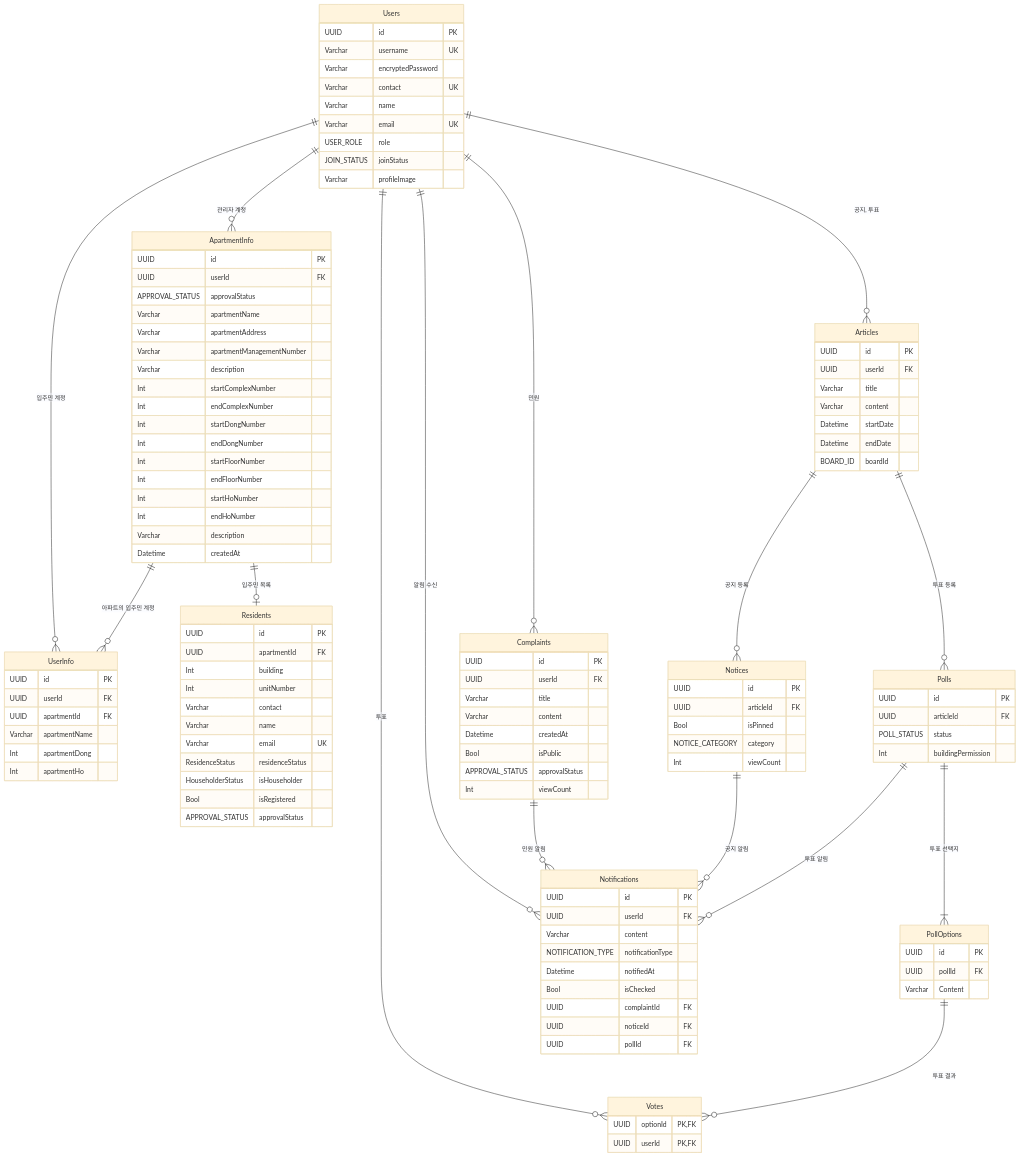
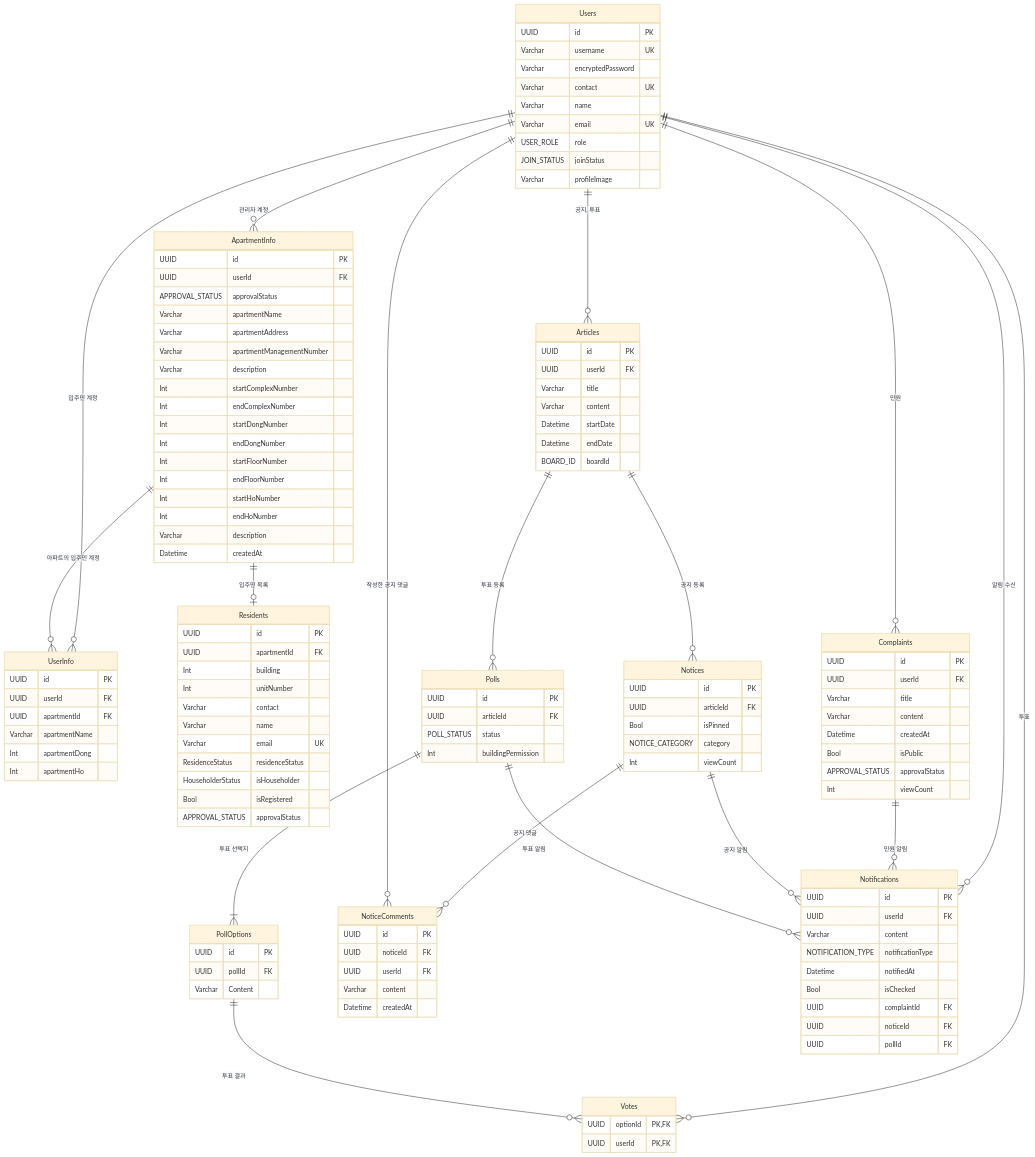
One commit to nb01-welive-team2/nb01-welive-team2 changed the diagram in erd.v1.md. Above: the diagram before and after it, drawn with Mermaid (base theme). The commit also changed 10 other files, not shown here.

```diff
--- a/erd.v1.md
+++ b/erd.v1.md
@@ -116,6 +116,14 @@
 %% NOTICE_CATEGORY : MAINTENANCE, EMERGENCY, COMMUNITY, RESIDENT_VOTE, ETC
 %% viewCount @default(0)
 
+NoticeComments {
+  UUID id PK
+  UUID noticeId FK
+  UUID userId FK
+  Varchar content
+  Datetime createdAt
+}
+
 Notifications {
   UUID id PK
   UUID userId FK
@@ -143,6 +151,8 @@
 Users ||--o{ Votes : "투표"
 PollOptions ||--o{ Votes : "투표 결과"
 Articles ||--o{ Notices : "공지 등록"
+Notices ||--o{ NoticeComments : "공지 댓글"
+Users ||--o{ NoticeComments : "작성한 공지 댓글"
 Users ||--o{ Notifications : "알림 수신"
 Complaints ||--o{ Notifications : "민원 알림"
 Notices ||--o{ Notifications : "공지 알림"
```
